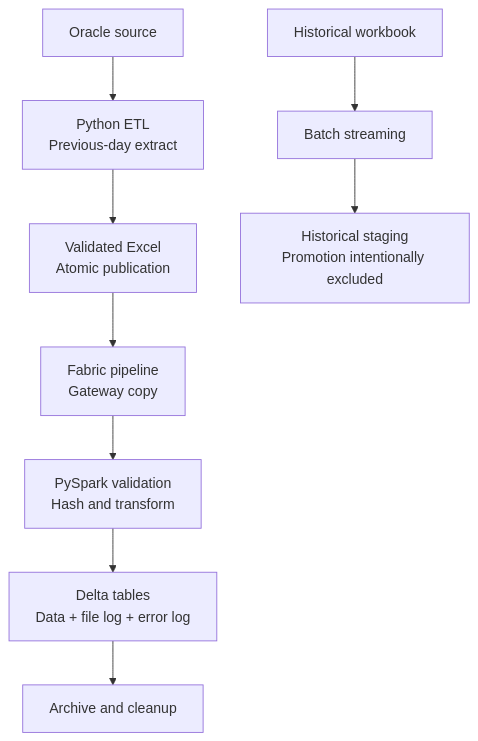
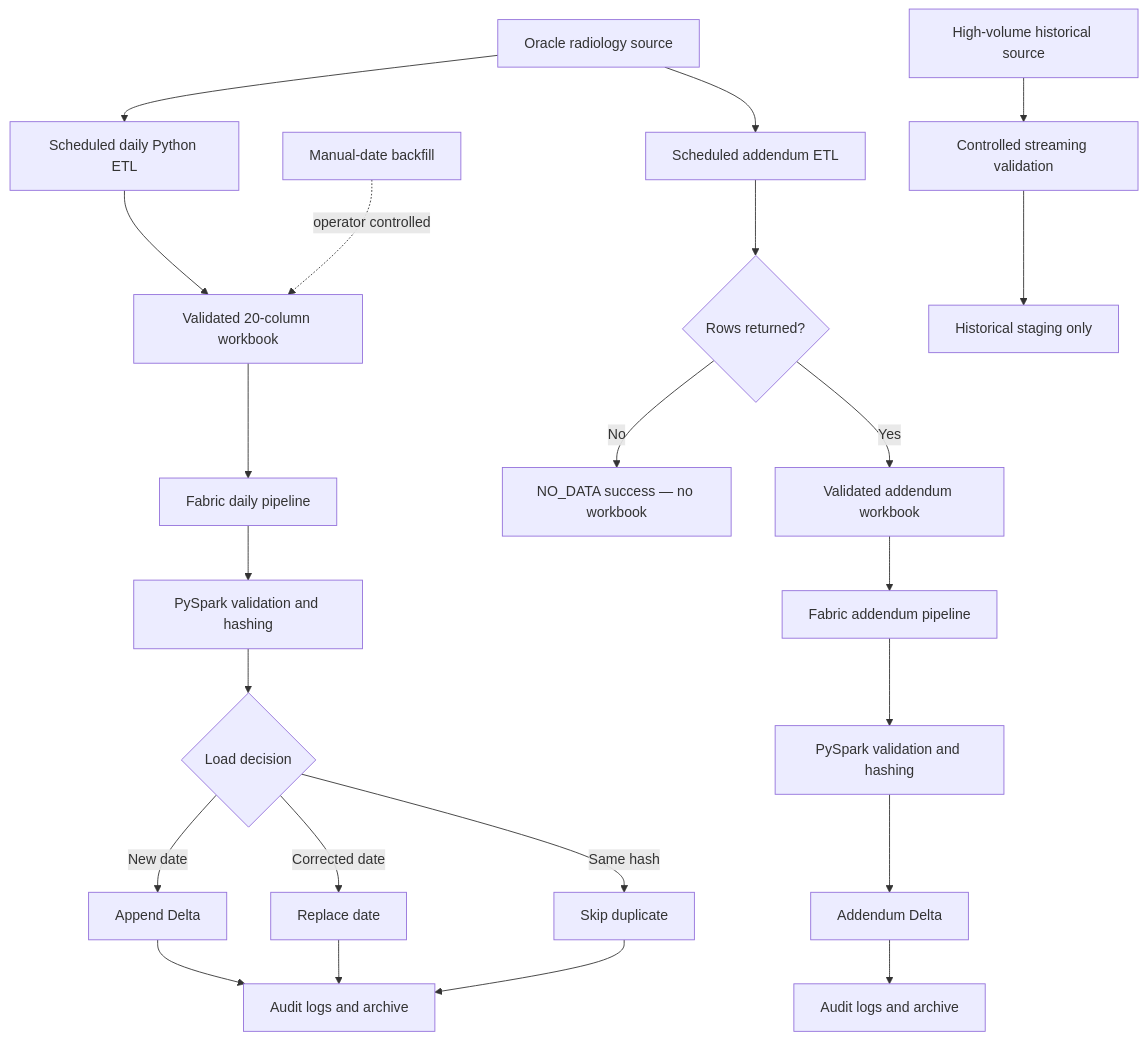
Before and after one commit to ShoaibAK96/Healthcare_Fabric_Project_AGFA_Radiology_Tat_Python_ETL_and_Fabric_Pipeline: the diagram in README.md, drawn with Mermaid. The commit also changed other lines of this file and 24 other files, not shown here.

````diff
--- a/README.md
+++ b/README.md
@@ -25,11 +17,25 @@
 ```mermaid
 flowchart TD
-    A["Oracle source"] --> B["Python ETL<br/>Previous-day extract"]
-    B --> C["Validated Excel<br/>Atomic publication"]
-    C --> D["Fabric pipeline<br/>Gateway copy"]
-    D --> E["PySpark validation<br/>Hash and transform"]
-    E --> F["Delta tables<br/>Data + file log + error log"]
-    F --> G["Archive and cleanup"]
-    H["Historical workbook"] --> I["Batch streaming"]
-    I --> J["Historical staging<br/>Promotion intentionally excluded"]
+    A["Oracle radiology source"] --> B["Scheduled daily Python ETL"]
+    A --> C["Scheduled addendum ETL"]
+    B --> D["Validated 20-column workbook"]
+    C --> E{"Rows returned?"}
+    E -->|Yes| F["Validated addendum workbook"]
+    E -->|No| G["NO_DATA success — no workbook"]
+    D --> H["Fabric daily pipeline"]
+    F --> I["Fabric addendum pipeline"]
+    H --> J["PySpark validation and hashing"]
+    I --> K["PySpark validation and hashing"]
+    J --> L{"Load decision"}
+    L -->|New date| M["Append Delta"]
+    L -->|Corrected date| N["Replace date"]
+    L -->|Same hash| O["Skip duplicate"]
+    K --> P["Addendum Delta"]
+    M --> Q["Audit logs and archive"]
+    N --> Q
+    O --> Q
+    P --> R["Audit logs and archive"]
+    S["Manual-date backfill"] -. operator controlled .-> D
+    T["High-volume historical source"] --> U["Controlled streaming validation"]
+    U --> V["Historical staging only"]
 ```
````
